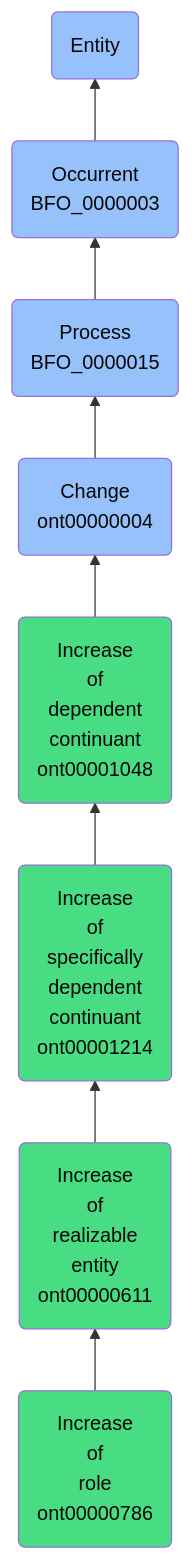
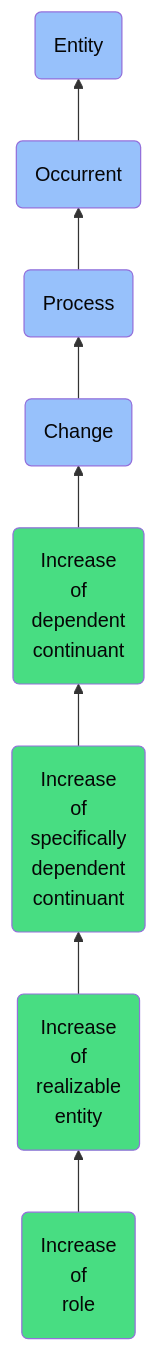
The diagram in docs/ontology/reference/model/Entity/Occurrent/Process/Change/Increase of dependent continuant/Increase of specifically dependent continuant/Increase of realizable entity/Increase of role/Increase of role.md (jupyter-naas/abi), drawn with Mermaid before and after one commit. The commit also changed other lines of this file and 1430 other files, not shown here.

````diff
--- a/docs/ontology/reference/model/Entity/Occurrent/Process/Change/Increase of dependent continuant/Increase of specifically dependent continuant/Increase of realizable entity/Increase of role/Increase of role.md
+++ b/docs/ontology/reference/model/Entity/Occurrent/Process/Change/Increase of dependent continuant/Increase of specifically dependent continuant/Increase of realizable entity/Increase of role/Increase of role.md
@@ -24,15 +24,15 @@
 ```mermaid
 graph BT
-    ont00000786(Increase<br>of<br>role<br>ont00000786):::ABI-->ont00000611
-    ont00000611(Increase<br>of<br>realizable<br>entity<br>ont00000611):::ABI-->ont00001214
-    ont00001214(Increase<br>of<br>specifically<br>dependent<br>continuant<br>ont00001214):::ABI-->ont00001048
-    ont00001048(Increase<br>of<br>dependent<br>continuant<br>ont00001048):::ABI-->ont00000004
-    ont00000004(Change<br>ont00000004):::BFO-->BFO_0000015
-    BFO_0000015(Process<br>BFO_0000015):::BFO-->BFO_0000003
-    BFO_0000003(Occurrent<br>BFO_0000003):::BFO-->BFO_0000001
+    ont00000786(Increase<br>of<br>role):::ABI-->ont00000611
+    ont00000611(Increase<br>of<br>realizable<br>entity):::ABI-->ont00001214
+    ont00001214(Increase<br>of<br>specifically<br>dependent<br>continuant):::ABI-->ont00001048
+    ont00001048(Increase<br>of<br>dependent<br>continuant):::ABI-->ont00000004
+    ont00000004(Change):::BFO-->BFO_0000015
+    BFO_0000015(Process):::BFO-->BFO_0000003
+    BFO_0000003(Occurrent):::BFO-->BFO_0000001
     BFO_0000001(Entity):::BFO
     
     classDef BFO fill:#97c1fb,color:#060606
     classDef CCO fill:#e4c51e,color:#060606
     classDef ABI fill:#48DD82,color:#060606
 ```
````
